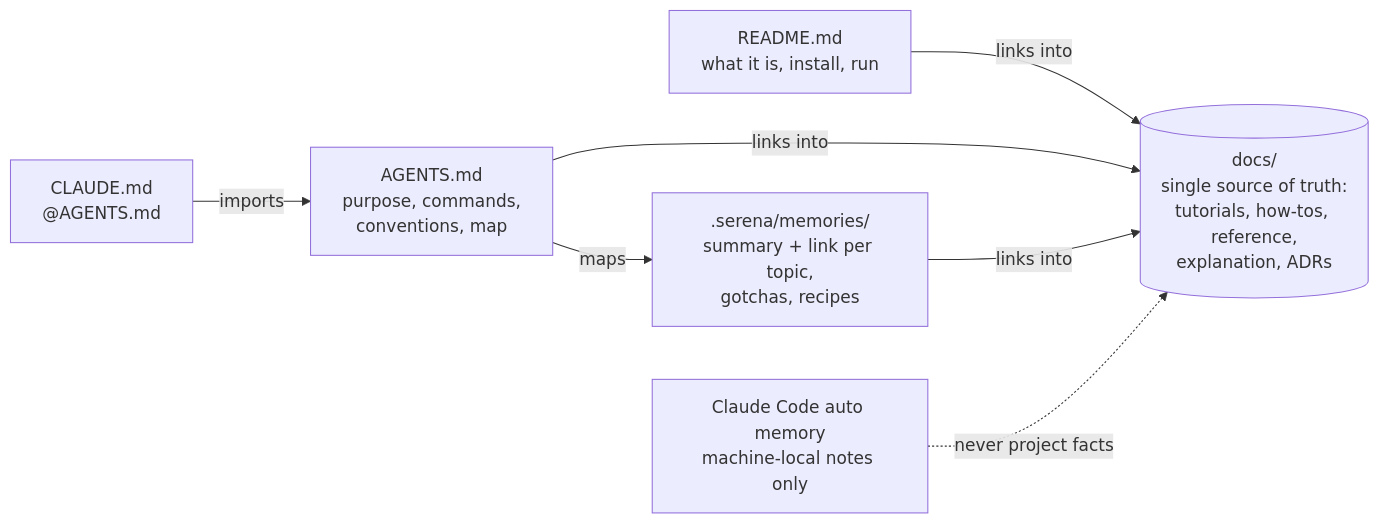
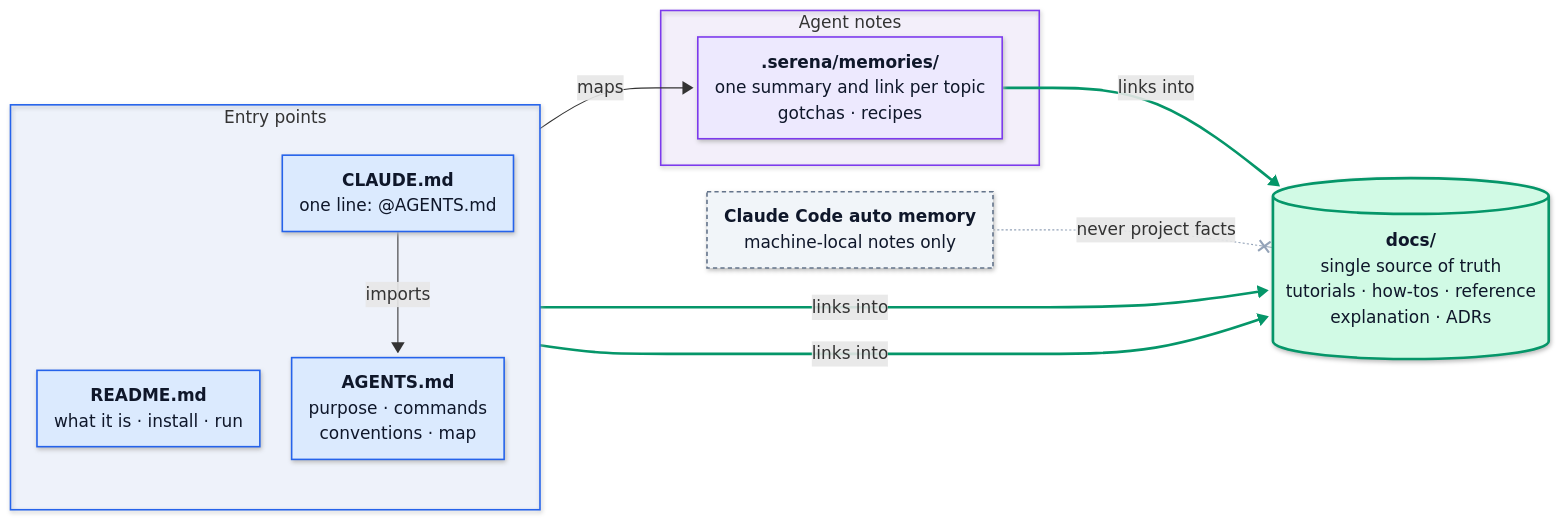
One commit to jonasyr/agent-loadout changed the diagram in docs/explanation/documentation-strategy.md. Above: the diagram before and after it, drawn with Mermaid. The commit also changed 2 other files, not shown here.

Commit message:
docs: redesign the Mermaid diagrams for clarity in light and dark mode

````diff
--- a/docs/explanation/documentation-strategy.md
+++ b/docs/explanation/documentation-strategy.md
@@ -29,10 +29,56 @@
 ```mermaid
+---
+config:
+  look: neo
+  flowchart:
+    curve: basis
+    nodeSpacing: 30
+    rankSpacing: 70
+    wrappingWidth: 320
+---
 flowchart LR
-  docs[("docs/<br/>single source of truth:<br/>tutorials, how-tos, reference,<br/>explanation, ADRs")]
-  readme["README.md<br/>what it is, install, run"] -->|links into| docs
-  agents["AGENTS.md<br/>purpose, commands,<br/>conventions, map"] -->|links into| docs
-  claude["CLAUDE.md<br/>@AGENTS.md"] -->|imports| agents
-  memories[".serena/memories/<br/>summary + link per topic,<br/>gotchas, recipes"] -->|links into| docs
-  agents -->|maps| memories
-  auto["Claude Code auto memory<br/>machine-local notes only"] -.->|never project facts| docs
+  subgraph ENTRY["Entry points"]
+    direction TB
+    readme["`**README.md**
+    what it is · install · run`"]
+    claude["`**CLAUDE.md**
+    one line: @AGENTS.md`"]
+    agents["`**AGENTS.md**
+    purpose · commands
+    conventions · map`"]
+  end
+
+  subgraph NOTES["Agent notes"]
+    memories["`**.serena/memories/**
+    one summary and link per topic
+    gotchas · recipes`"]
+  end
+
+  docs[("`**docs/**
+  single source of truth
+  tutorials · how-tos · reference
+  explanation · ADRs`")]
+
+  auto["`**Claude Code auto memory**
+  machine-local notes only`"]
+
+  claude -- imports --> agents
+  agents -- maps --> memories
+  readme -- links into --> docs
+  agents -- links into --> docs
+  memories -- links into --> docs
+  auto -. "never project facts" .-x docs
+
+  classDef truth fill:#d1fae5,stroke:#059669,stroke-width:2.5px,color:#0f172a
+  classDef entry fill:#dbeafe,stroke:#2563eb,stroke-width:1.5px,color:#0f172a
+  classDef notes fill:#ede9fe,stroke:#7c3aed,stroke-width:1.5px,color:#0f172a
+  classDef local fill:#f1f5f9,stroke:#64748b,stroke-width:1.5px,stroke-dasharray:4 3,color:#0f172a
+  class docs truth
+  class readme,claude,agents entry
+  class memories notes
+  class auto local
+  style ENTRY fill:#2563eb0f,stroke:#2563eb,stroke-width:1.5px
+  style NOTES fill:#7c3aed0f,stroke:#7c3aed,stroke-width:1.5px
+  linkStyle 2,3,4 stroke:#059669,stroke-width:2.5px
+  linkStyle 5 stroke:#94a3b8
 ```
````
